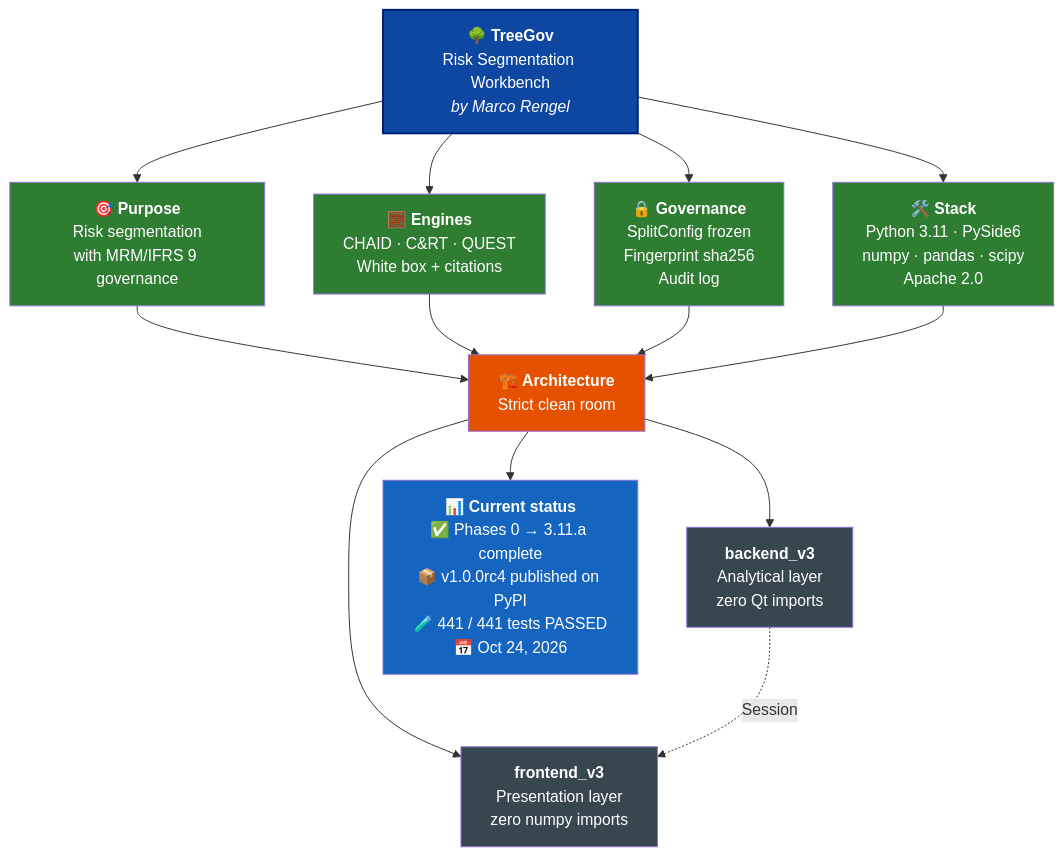
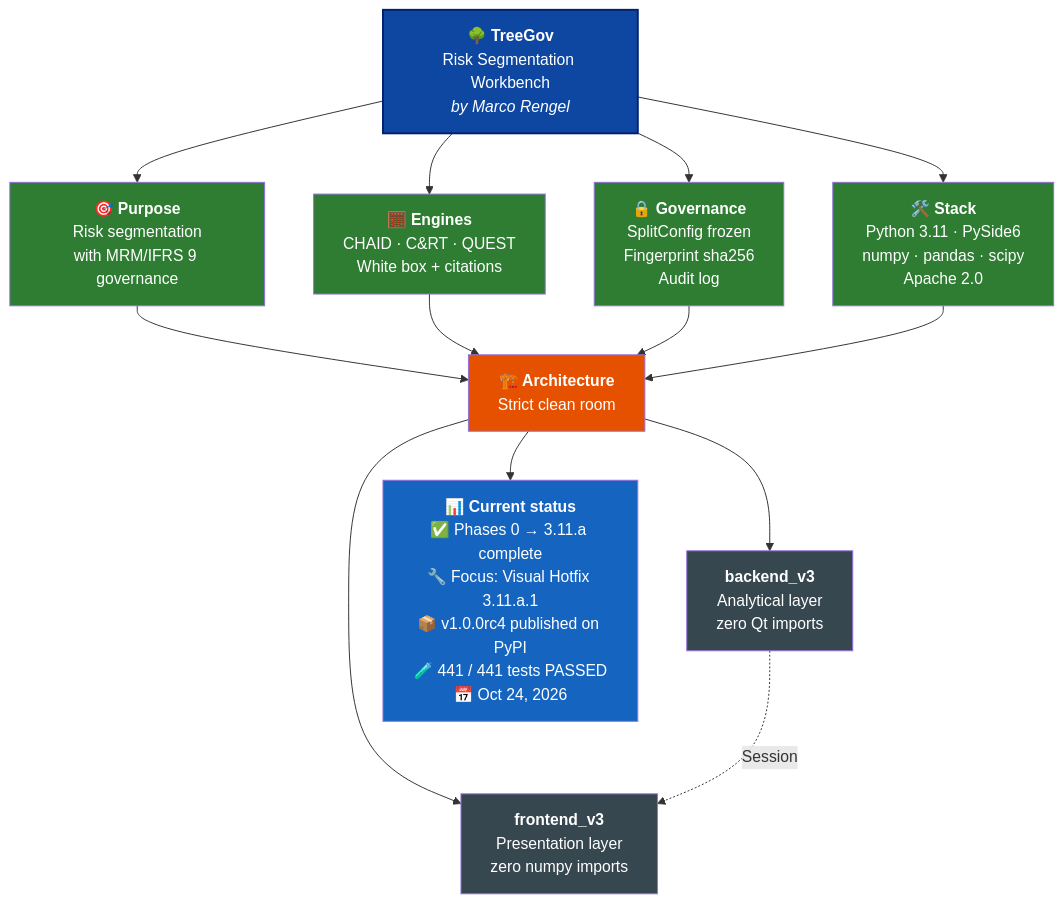
Before and after one commit to Marco-Rengel/treegov: the diagram in README.md, drawn with Mermaid. The commit also changed other lines of this file and 12 other files, not shown here.

````diff
--- a/README.md
+++ b/README.md
@@ -36,31 +36,31 @@
 ```mermaid
 flowchart TB
     TG["<b>🌳 TreeGov</b><br/>Risk Segmentation Workbench<br/><i>by Marco Rengel</i>"]
 
     TG --> P["<b>🎯 Purpose</b><br/>Risk segmentation<br/>with MRM/IFRS 9 governance"]
     TG --> M["<b>🧮 Engines</b><br/>CHAID · C&RT · QUEST<br/>White box + citations"]
     TG --> G["<b>🔒 Governance</b><br/>SplitConfig frozen<br/>Fingerprint sha256<br/>Audit log"]
     TG --> S["<b>🛠️ Stack</b><br/>Python 3.11 · PySide6<br/>numpy · pandas · scipy<br/>Apache 2.0"]
 
     P --> ARQ["<b>🏗️ Architecture</b><br/>Strict clean room"]
     M --> ARQ
     G --> ARQ
     S --> ARQ
 
     ARQ --> BE["<b>backend_v3</b><br/>Analytical layer<br/>zero Qt imports"]
     ARQ --> FE["<b>frontend_v3</b><br/>Presentation layer<br/>zero numpy imports"]
 
     BE -.->|Session| FE
 
-    ARQ --> ST["<b>📊 Current status</b><br/>✅ Phases 0 → 3.11.a complete<br/>📦 v1.0.0rc4 published on PyPI<br/>🧪 441 / 441 tests PASSED<br/>📅 Oct 24, 2026"]
+    ARQ --> ST["<b>📊 Current status</b><br/>✅ Phases 0 → 3.11.a complete<br/>🔧 Focus: Visual Hotfix 3.11.a.1<br/>📦 v1.0.0rc4 published on PyPI<br/>🧪 441 / 441 tests PASSED<br/>📅 Oct 24, 2026"]
 
     style TG fill:#0D47A1,color:#fff,stroke:#002171,stroke-width:2px
     style P fill:#2E7D32,color:#fff
     style M fill:#2E7D32,color:#fff
     style G fill:#2E7D32,color:#fff
     style S fill:#2E7D32,color:#fff
     style ARQ fill:#E65100,color:#fff
     style BE fill:#37474F,color:#fff
     style FE fill:#37474F,color:#fff
     style ST fill:#1565C0,color:#fff
 ```
````
